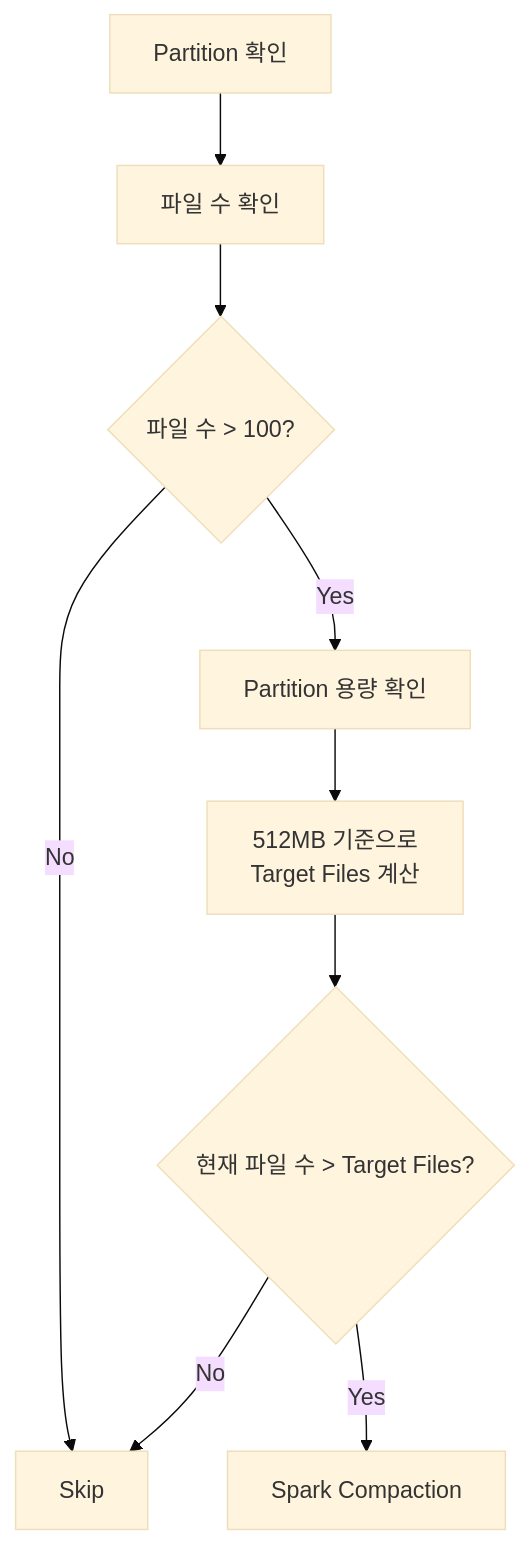
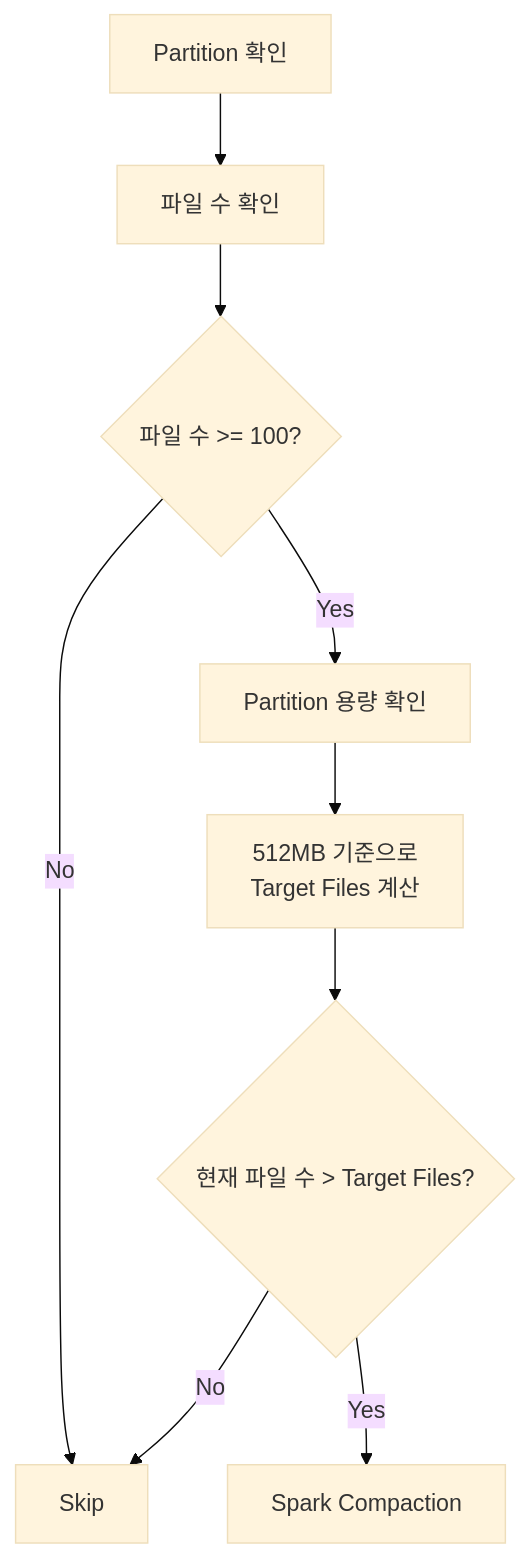
One commit to DataDynamics/hive-orc-table-compaction changed the sixth of 13 diagrams in README.md. Above: the diagram before and after it, drawn with Mermaid (base theme). The commit also changed other lines of this file, not shown here.

````diff
--- a/README.md
+++ b/README.md
@@ -263,19 +273,19 @@
 ```mermaid
 flowchart TD
 
     A["Partition 확인"] --> B["파일 수 확인"]
 
-    B --> C{"파일 수 > 100?"}
+    B --> C{"파일 수 >= 100?"}
 
     C -->|"No"| D["Skip"]
 
     C -->|"Yes"| E["Partition 용량 확인"]
 
     E --> F["512MB 기준으로<br/>Target Files 계산"]
 
     F --> G{"현재 파일 수 > Target Files?"}
 
     G -->|"No"| D
 
     G -->|"Yes"| H["Spark Compaction"]
 ```
````
